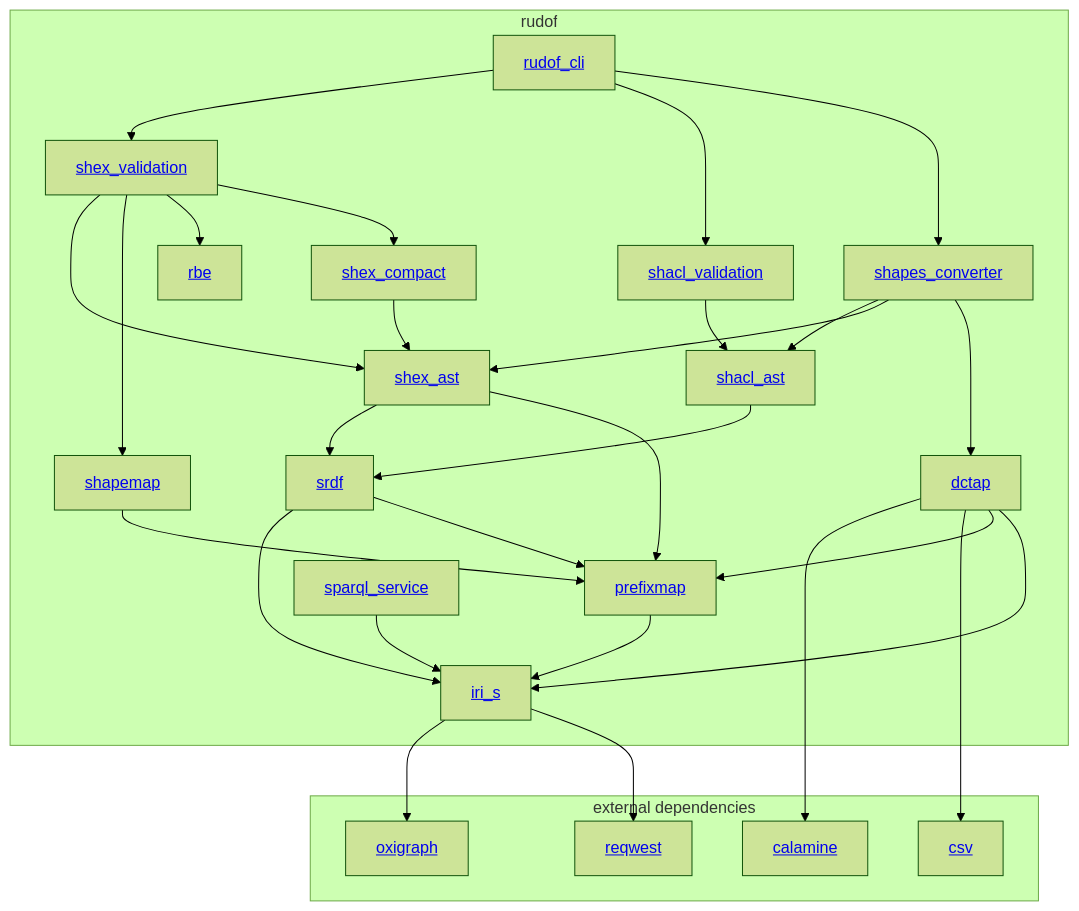
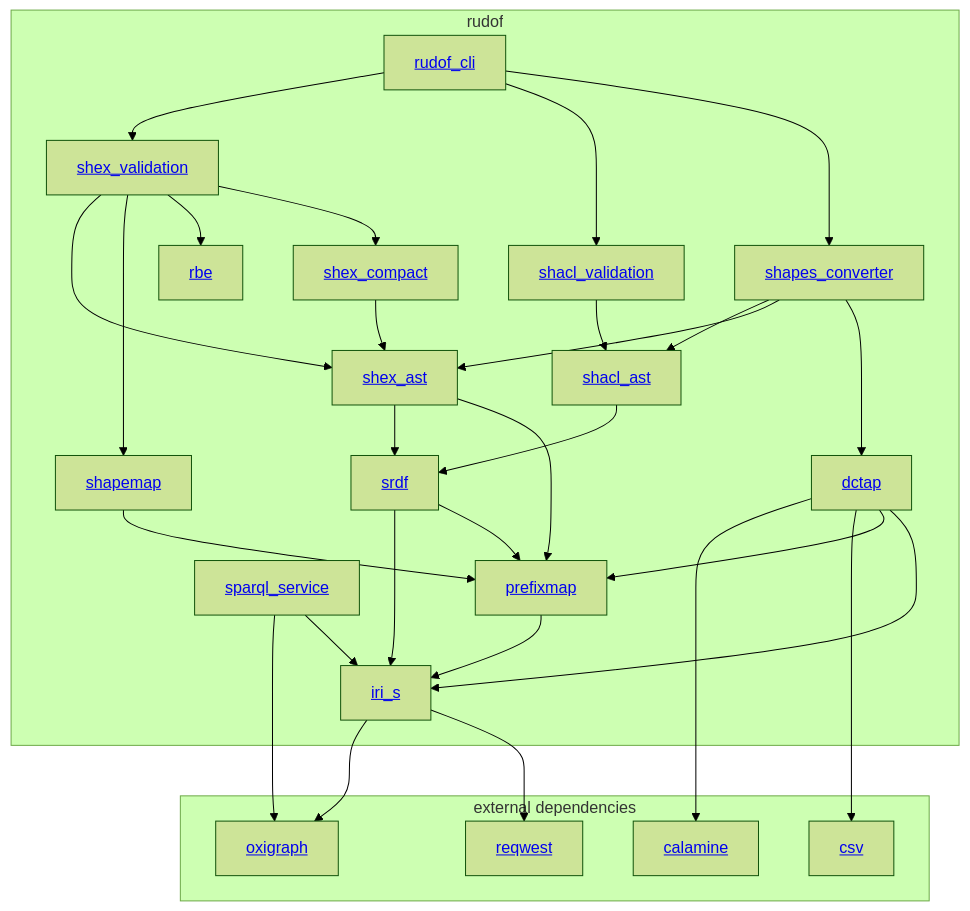
One commit to rudof-project/rudof changed the diagram in docs/src/internals/architecture.md. Above: the diagram before and after it, drawn with Mermaid (forest theme). The commit also changed 1 other file, not shown here.

Commit message:
Added scope

````diff
--- a/docs/src/internals/architecture.md
+++ b/docs/src/internals/architecture.md
@@ -5,51 +5,52 @@
 ```mermaid
 graph TD;
  iri_s --> oxigraph;
  iri_s --> reqwest ;
  dctap --> calamine ;
- dctap --> csv 
+ dctap --> csv ;
+ sparql_service --> oxigraph ;
 subgraph rudof
     rudof_cli[<a href='https://crates.io/crates/rudof_cli'>rudof_cli</a>];
     shex_ast[<a href='https://crates.io/crates/shex_ast'>shex_ast</a>];
     srdf[<a href='https://crates.io/crates/srdf'>srdf</a>];
     shex_compact[<a href='https://crates.io/crates/shex_compact'>shex_compact</a>];
     shex_validation[<a href='https://crates.io/crates/shex_validation'>shex_validation</a>];
     shacl_validation[<a href='https://crates.io/crates/shacl_validation'>shacl_validation</a>];
     shacl_ast[<a href='https://crates.io/crates/shacl_ast'>shacl_ast</a>];
     iri_s[<a href='https://crates.io/crates/iri_s'>iri_s</a>];
     prefixmap[<a href='https://crates.io/crates/prefixmap'>prefixmap</a>];
     shapemap[<a href='https://crates.io/crates/shapemap'>shapemap</a>];
     rbe[<a href='https://crates.io/crates/rbe'>rbe</a>];
     shapes_converter[<a href='https://crates.io/crates/shapes_converter'>shapes_converter</a>];
-    dctap[<a href='https://crates.io/crates/dctap'>dctap</a>];
-    sparql_service[<a href='https://crates.io/crates/sparql_service'>sparql_service</a>];
-    shex_ast --> srdf ;
-    shex_compact-->shex_ast;
-    shex_validation-->shex_ast;
-    srdf-->iri_s;
-    shacl_ast-->srdf;
-    shacl_validation-->shacl_ast;
-    shex_validation-->shapemap;
-    shapemap-->prefixmap;
-    shex_ast-->prefixmap;
-    srdf-->prefixmap;
-    shex_validation-->rbe;
-    dctap-->prefixmap;
-    dctap --> iri_s;
-    shapes_converter-->shacl_ast;
-    shapes_converter-->shex_ast;
-    shapes_converter-->dctap;
-    prefixmap --> iri_s ;
-    shex_validation --> shex_compact
-    sparql_service --> iri_s ;
+ dctap[<a href='https://crates.io/crates/dctap'>dctap</a>];
+ sparql_service[<a href='https://crates.io/crates/sparql_service'>sparql_service</a>];
+ shex_ast --> srdf ;
+ shex_compact-->shex_ast;
+ shex_validation-->shex_ast;
+ srdf-->iri_s;
+ shacl_ast-->srdf;
+ shacl_validation-->shacl_ast;
+ shex_validation-->shapemap;
+ shapemap-->prefixmap;
+ shex_ast-->prefixmap;
+ srdf-->prefixmap;
+ shex_validation-->rbe;
+ dctap-->prefixmap;
+ dctap --> iri_s;
+ shapes_converter-->shacl_ast;
+ shapes_converter-->shex_ast;
+ shapes_converter-->dctap;
+ prefixmap --> iri_s ;
+ shex_validation --> shex_compact
+ sparql_service --> iri_s ;
  rudof_cli --> shex_validation ;
  rudof_cli --> shacl_validation ;
  rudof_cli --> shapes_converter ;
 end
 subgraph external dependencies
  oxigraph[<a href='https://crates.io/crates/oxigraph'>oxigraph</a>] ;
  calamine[<a href='https://docs.rs/calamine/latest/calamine/'>calamine</a>] ;
  reqwest[<a href='https://docs.rs/reqwest/latest/reqwest/'>reqwest</a>] ;
  csv[<a href='https://docs.rs/csv/latest/csv/'>csv</a>] 
 end
 ```
````
